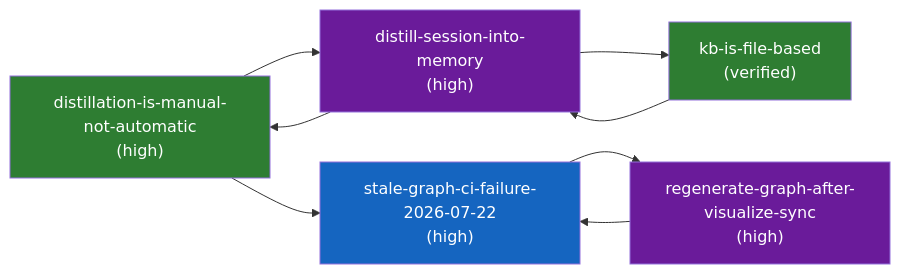
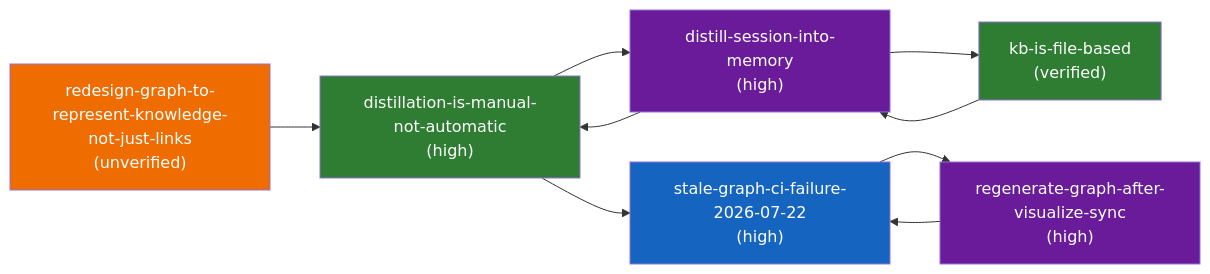
One commit to jvanheerikhuize/dotfiles changed the diagram in memory/_generated/graph.mmd. Above: the diagram before and after it, drawn with Mermaid. The commit also changed 3 other files, not shown here.

Commit message:
docs: add prospective todo to redesign graph as knowledge map, not link graph

```diff
--- a/memory/_generated/graph.mmd
+++ b/memory/_generated/graph.mmd
@@ -1,20 +1,22 @@
 flowchart LR
     classDef semantic fill:#2e7d32,color:#fff
     classDef episodic fill:#1565c0,color:#fff
     classDef procedural fill:#6a1b9a,color:#fff
     classDef working fill:#8d6e63,color:#fff
     classDef retrieval fill:#00838f,color:#fff
     classDef parametric fill:#455a64,color:#fff
     classDef prospective fill:#ef6c00,color:#fff
     n_distillation_is_manual_not_automatic["distillation-is-manual-not-automatic<br/>(high)"]:::semantic
     n_kb_is_file_based["kb-is-file-based<br/>(verified)"]:::semantic
     n_stale_graph_ci_failure_2026_07_22["stale-graph-ci-failure-2026-07-22<br/>(high)"]:::episodic
     n_distill_session_into_memory["distill-session-into-memory<br/>(high)"]:::procedural
     n_regenerate_graph_after_visualize_sync["regenerate-graph-after-visualize-sync<br/>(high)"]:::procedural
+    n_redesign_graph_to_represent_knowledge_not_just_links["redesign-graph-to-represent-knowledge-not-just-links<br/>(unverified)"]:::prospective
     n_distillation_is_manual_not_automatic --> n_distill_session_into_memory
     n_distillation_is_manual_not_automatic --> n_stale_graph_ci_failure_2026_07_22
     n_kb_is_file_based --> n_distill_session_into_memory
     n_stale_graph_ci_failure_2026_07_22 --> n_regenerate_graph_after_visualize_sync
     n_distill_session_into_memory --> n_kb_is_file_based
     n_distill_session_into_memory --> n_distillation_is_manual_not_automatic
     n_regenerate_graph_after_visualize_sync --> n_stale_graph_ci_failure_2026_07_22
+    n_redesign_graph_to_represent_knowledge_not_just_links --> n_distillation_is_manual_not_automatic
```
